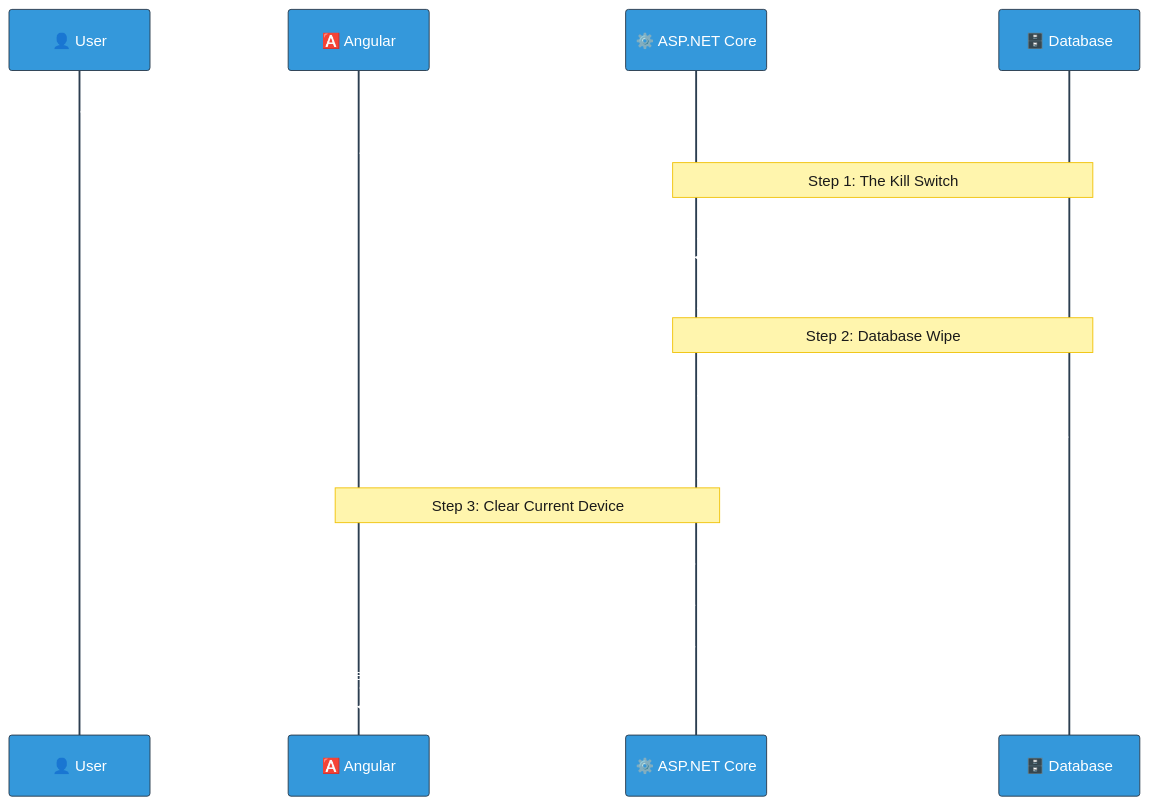
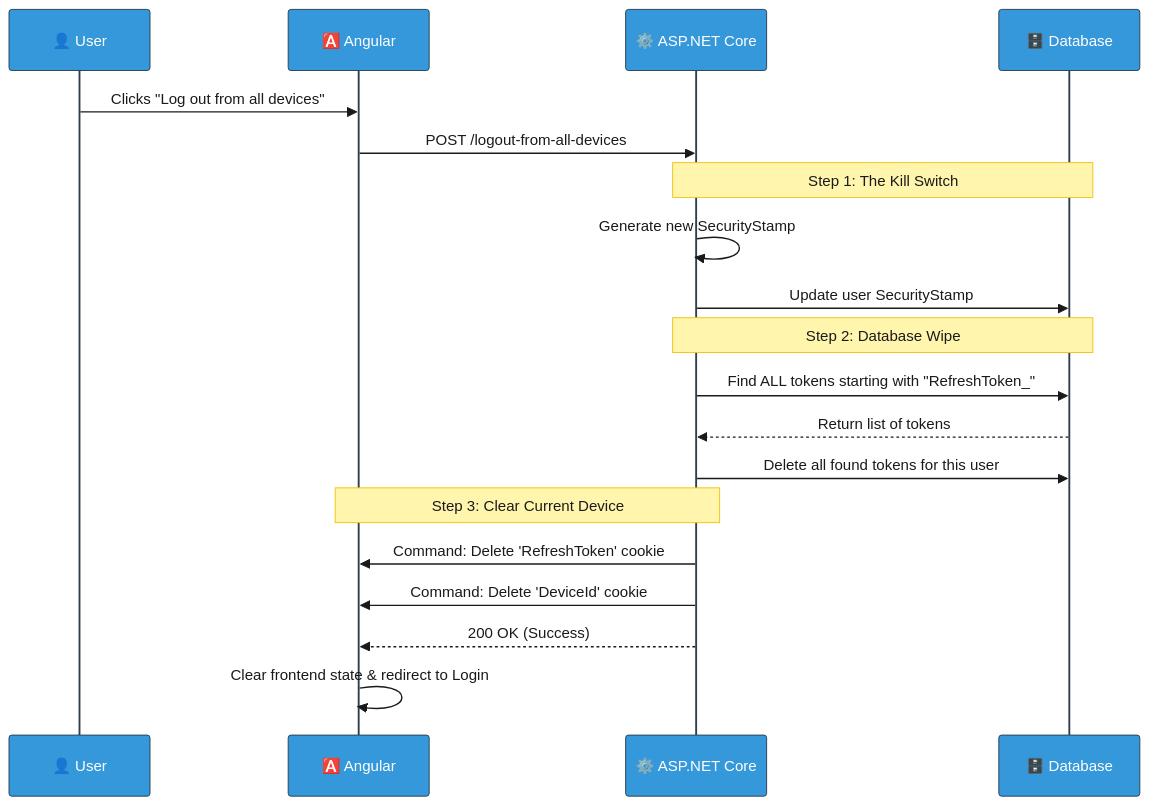
One commit to jahanalem/LinkedIn2GitHub changed the diagram in 0035_global-logout.md. Above: the diagram before and after it, drawn with Mermaid.

Commit message:
Change color variables in global logout diagram
Updated the color scheme in the global logout process diagram.

````diff
--- a/0035_global-logout.md
+++ b/0035_global-logout.md
@@ -101,41 +101,41 @@
 ```mermaid
 %%{init: {'theme': 'base', 'themeVariables': {
-  'background': '#ffffff',
-  'primaryColor': '#e74c3c',
-  'primaryBorderColor': '#c0392b',
-  'primaryTextColor': '#ffffff',
-  'secondaryColor': '#34495e',
-  'tertiaryColor': '#ecf0f1',
+'background': '#ffffff',
+  'primaryColor': '#4a90e2',
+  'primaryBorderColor': '#2c3e50',
+  'primaryTextColor': '#1a1a1a',
+  'secondaryColor': '#f39c12',
+  'tertiaryColor': '#e74c3c',
   'lineColor': '#2c3e50',
   'actorBkg': '#3498db',
   'actorBorder': '#2c3e50',
   'actorTextColor': '#ffffff',
   'noteBkg': '#fef9e4',
   'noteBorderColor': '#f1c40f',
   'noteTextColor': '#1a1a1a'
 }}}%%
 sequenceDiagram
     participant User as 👤 User
     participant Frontend as 🅰️ Angular
     participant Backend as ⚙️ ASP.NET Core
     participant DB as 🗄️ Database
 
     User->>Frontend: Clicks "Log out from all devices"
     Frontend->>Backend: POST /logout-from-all-devices
     
     Note over Backend,DB: Step 1: The Kill Switch
     Backend->>Backend: Generate new SecurityStamp
     Backend->>DB: Update user SecurityStamp
     
     Note over Backend,DB: Step 2: Database Wipe
     Backend->>DB: Find ALL tokens starting with "RefreshToken_"
     DB-->>Backend: Return list of tokens
     Backend->>DB: Delete all found tokens for this user
     
     Note over Backend,Frontend: Step 3: Clear Current Device
     Backend->>Frontend: Command: Delete 'RefreshToken' cookie
     Backend->>Frontend: Command: Delete 'DeviceId' cookie
     Backend-->>Frontend: 200 OK (Success)
     
     Frontend->>Frontend: Clear frontend state & redirect to Login
 ```
````
